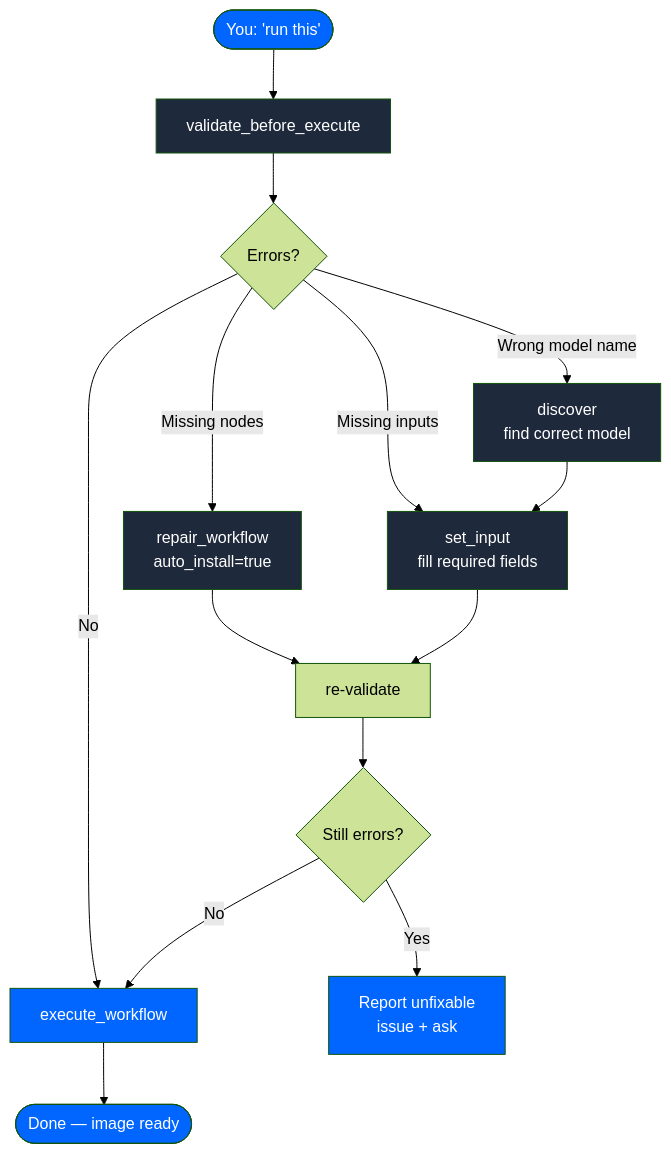
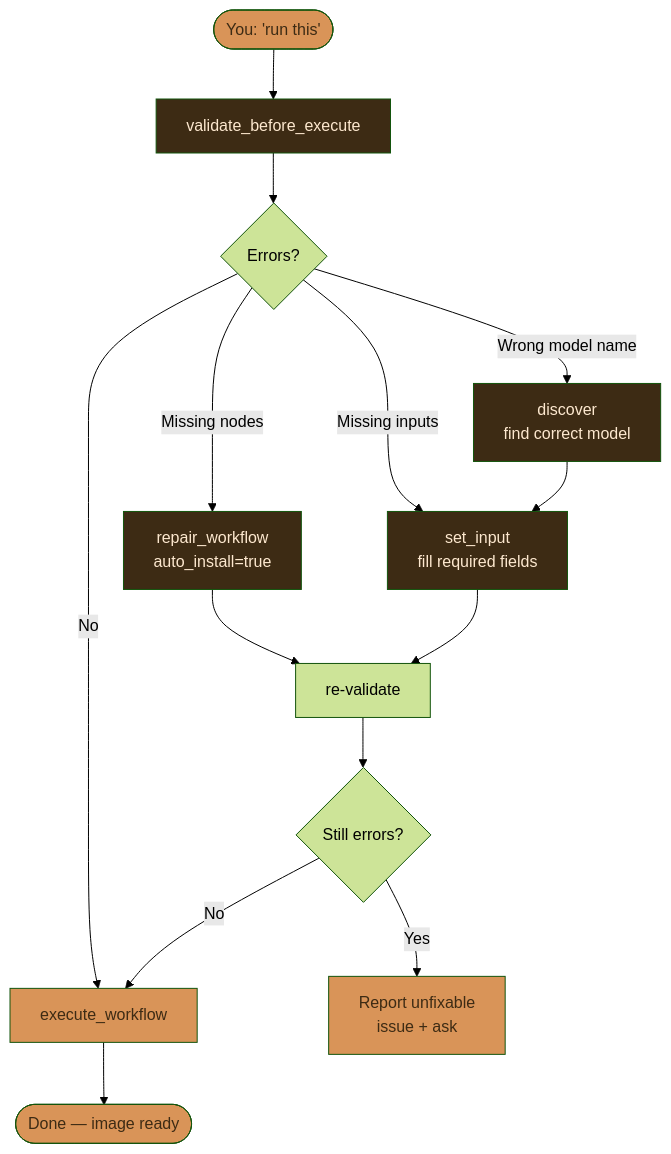
Before and after one commit to JosephOIbrahim/Comfy-Cozy: the eighth of 25 diagrams in README.md, drawn with Mermaid (forest theme). The commit also changed other lines of this file, not shown here.

First line of the commit message:
[DOCS] Unify mermaid palette across 25 diagrams (warm amber/brown)

````diff
--- a/README.md
+++ b/README.md
@@ -521,25 +521,25 @@
 ```mermaid
 flowchart TD
     Run(["You: 'run this'"]) --> Validate["validate_before_execute"]
     Validate --> Check{"Errors?"}
     Check -->|No| Execute["execute_workflow"]
     Check -->|"Missing nodes"| Repair["repair_workflow<br/>auto_install=true"]
     Check -->|"Missing inputs"| SetInput["set_input<br/>fill required fields"]
     Check -->|"Wrong model name"| Discover["discover<br/>find correct model"]
     Repair --> Revalidate["re-validate"]
     SetInput --> Revalidate
     Discover --> SetInput
     Revalidate --> Check2{"Still errors?"}
     Check2 -->|No| Execute
     Check2 -->|Yes| Report["Report unfixable<br/>issue + ask"]
     Execute --> Done(["Done — image ready"])
 
-    style Run fill:#0066FF,color:#fff
-    style Validate fill:#1e293b,color:#fff
-    style Repair fill:#1e293b,color:#fff
-    style SetInput fill:#1e293b,color:#fff
-    style Discover fill:#1e293b,color:#fff
-    style Execute fill:#0066FF,color:#fff
-    style Done fill:#0066FF,color:#fff
-    style Report fill:#0066FF,color:#fff
+    style Run fill:#d99458,color:#3d2b14
+    style Validate fill:#3d2b14,color:#fde8cf
+    style Repair fill:#3d2b14,color:#fde8cf
+    style SetInput fill:#3d2b14,color:#fde8cf
+    style Discover fill:#3d2b14,color:#fde8cf
+    style Execute fill:#d99458,color:#3d2b14
+    style Done fill:#d99458,color:#3d2b14
+    style Report fill:#d99458,color:#3d2b14
 ```
````
